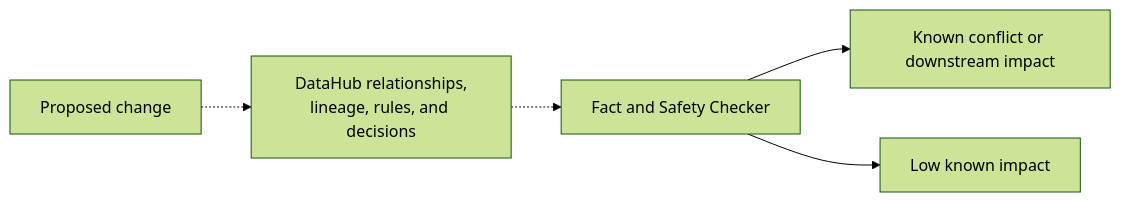
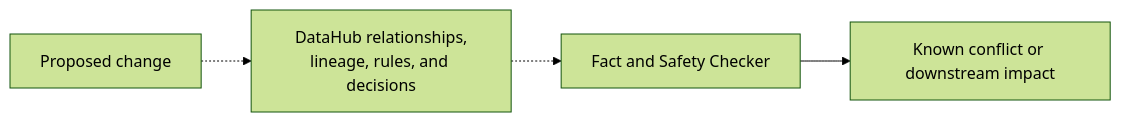
The third of 5 diagrams in README.hackathon.md (ASAC44/handy), drawn with Mermaid (forest theme) before and after one commit. The commit also changed other lines of this file and 1 other file, not shown here.

Commit message:
docs: remove uncertain impact claims

````diff
--- a/README.hackathon.md
+++ b/README.hackathon.md
@@ -110,7 +110,6 @@
 ```mermaid
 flowchart LR
     Proposal["Proposed change"] -.-> Map["DataHub relationships,<br/>lineage, rules, and decisions"]
     Map -.-> Checker["Fact and Safety Checker"]
     Checker --> Warning["Known conflict or downstream impact"]
-    Checker --> Low["Low known impact"]
 ```
````
